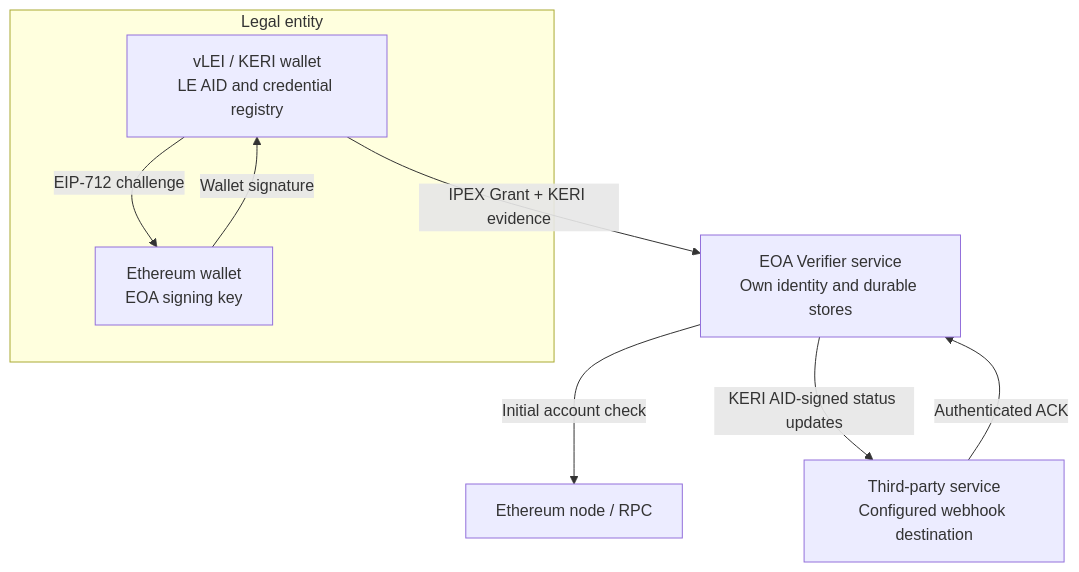
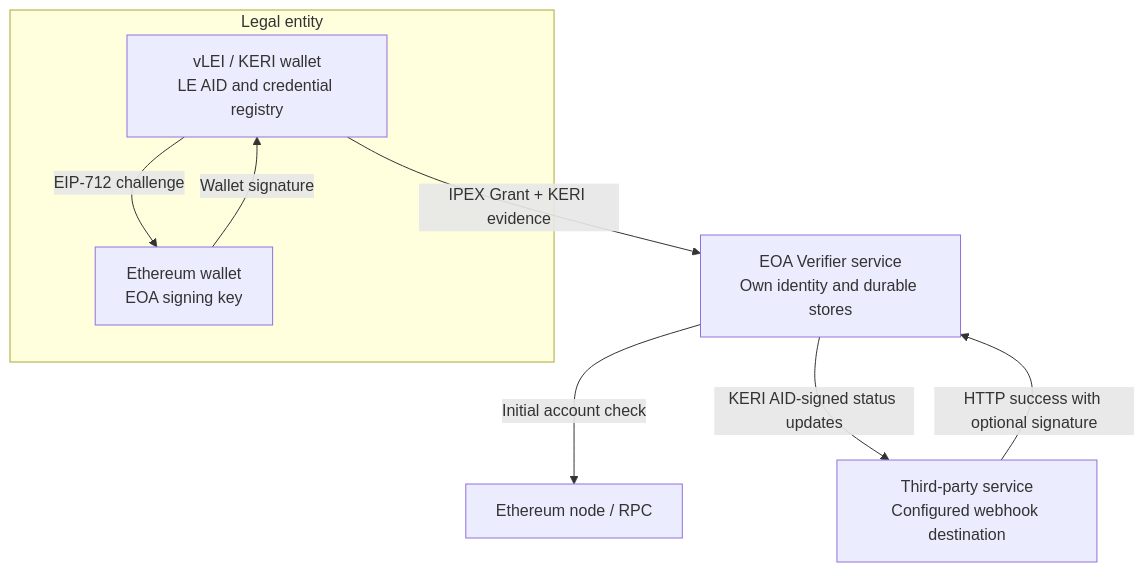
The diagram in docs/diagrams/deployment/deployment-models.md (GLEIF-IT/eoa-verifier), drawn with Mermaid before and after one commit. The commit also changed 8 other files, not shown here.

````diff
--- a/docs/diagrams/deployment/deployment-models.md
+++ b/docs/diagrams/deployment/deployment-models.md
@@ -8,18 +8,18 @@
 ```mermaid
 flowchart TB
     subgraph Entity["Legal entity"]
         KW["vLEI / KERI wallet<br/>LE AID and credential registry"]
         EW["Ethereum wallet<br/>EOA signing key"]
         KW -->|"EIP-712 challenge"| EW
         EW -->|"Wallet signature"| KW
     end
 
     V["EOA Verifier service<br/>Own identity and durable stores"]
     T["Third-party service<br/>Configured webhook destination"]
     ETH["Ethereum node / RPC"]
 
     KW -->|"IPEX Grant + KERI evidence"| V
     V -->|"Initial account check"| ETH
     V -->|"KERI AID-signed status updates"| T
-    T -->|"Authenticated ACK"| V
+    T -->|"HTTP success with optional signature"| V
 ```
````
